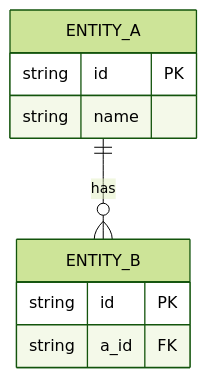
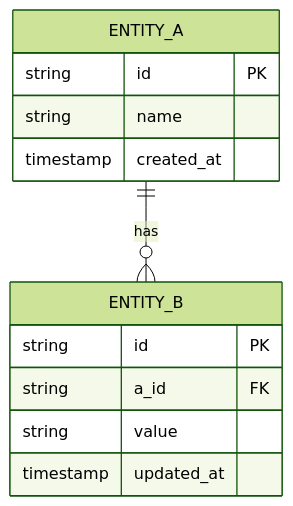
One commit to Mcc-Mak/opencode-workflow-demo changed the first of 2 diagrams in docbase/docs/ERD.md. Above: the diagram before and after it, drawn with Mermaid (forest theme). The commit also changed other lines of this file and 7 other files, not shown here.

First line of the commit message:
feat: add notification secrets, GIT_PUSH_TOKEN, Mermaid/PlantUML docs (0.2.0)

````diff
--- a/docbase/docs/ERD.md
+++ b/docbase/docs/ERD.md
@@ -3,12 +7,15 @@
 ```mermaid
 erDiagram
   ENTITY_A ||--o{ ENTITY_B : has
   ENTITY_A {
     string id PK
     string name
+    timestamp created_at
   }
   ENTITY_B {
     string id PK
     string a_id FK
+    string value
+    timestamp updated_at
   }
 ```
````
